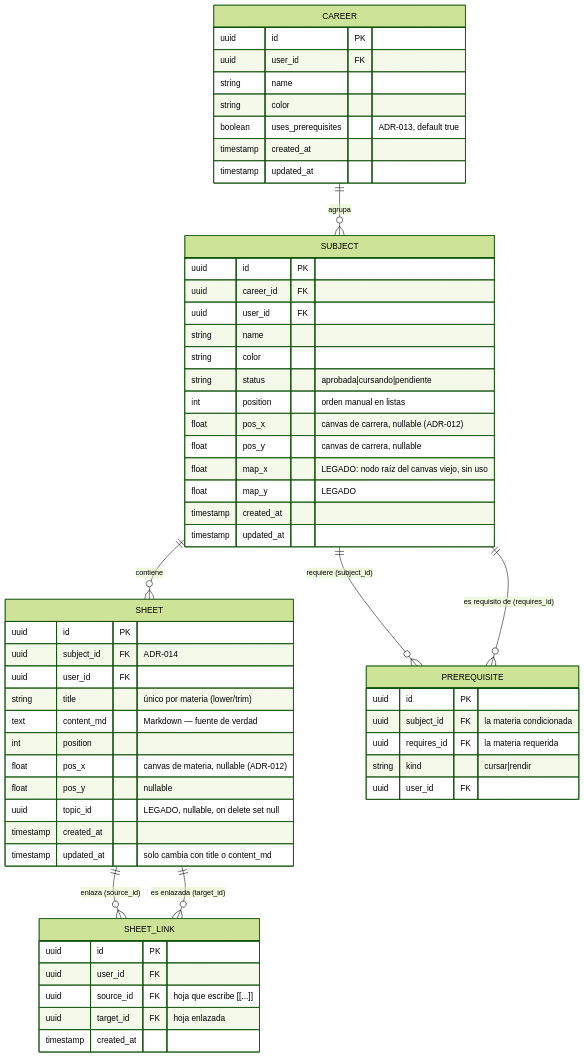
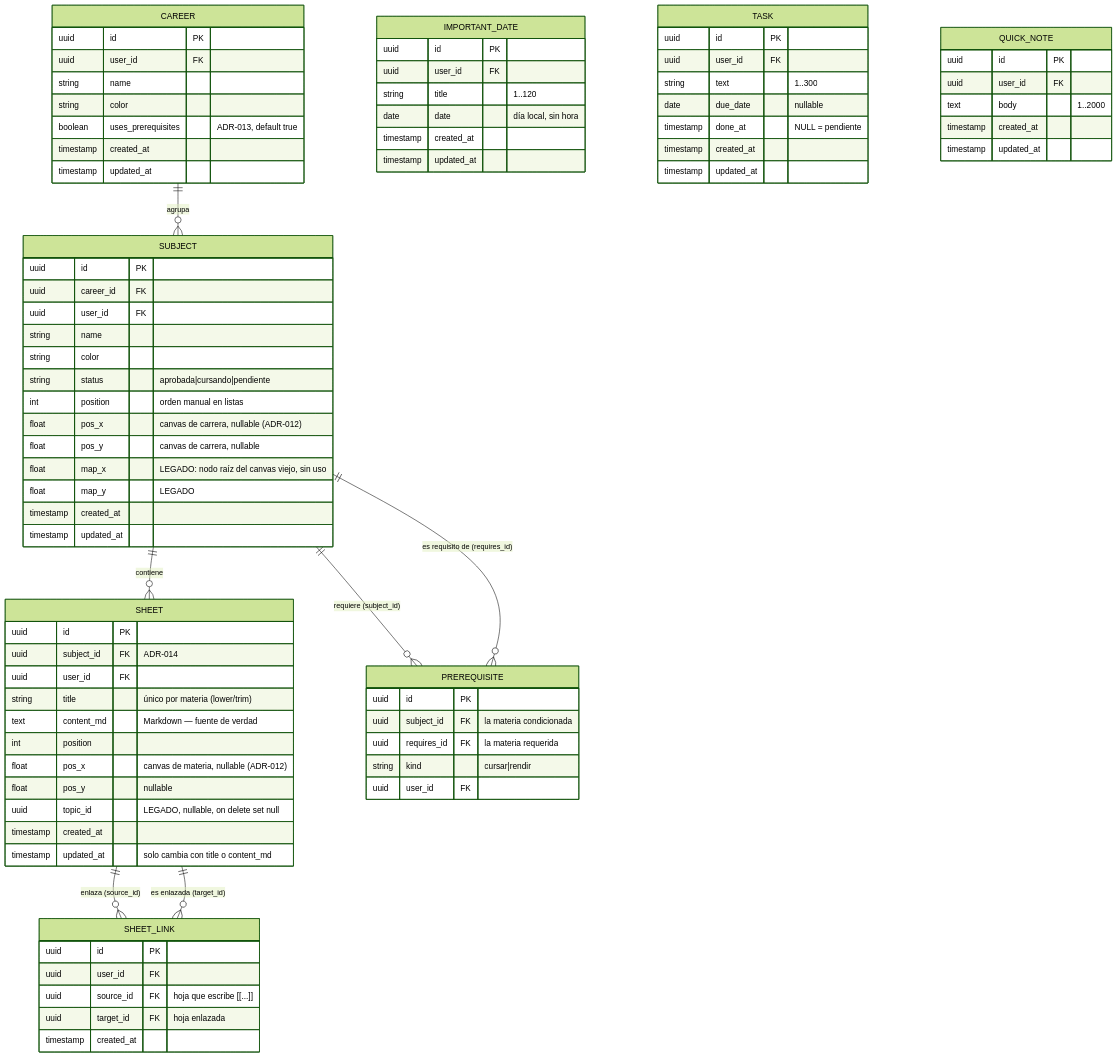
The diagram in docs/DB_SCHEMA.md (Code7C26/Studree), drawn with Mermaid (forest theme) before and after one commit. The commit also changed other lines of this file and 1 other file, not shown here.

Commit message:
feat(db): migracion 0005 - fechas importantes, tareas y notas rapidas (sin aplicar)

````diff
--- a/docs/DB_SCHEMA.md
+++ b/docs/DB_SCHEMA.md
@@ -85,4 +89,28 @@
         uuid target_id FK "hoja enlazada"
         timestamp created_at
     }
+    IMPORTANT_DATE {
+        uuid id PK
+        uuid user_id FK
+        string title "1..120"
+        date date "día local, sin hora"
+        timestamp created_at
+        timestamp updated_at
+    }
+    TASK {
+        uuid id PK
+        uuid user_id FK
+        string text "1..300"
+        date due_date "nullable"
+        timestamp done_at "NULL = pendiente"
+        timestamp created_at
+        timestamp updated_at
+    }
+    QUICK_NOTE {
+        uuid id PK
+        uuid user_id FK
+        text body "1..2000"
+        timestamp created_at
+        timestamp updated_at
+    }
 ```
````
